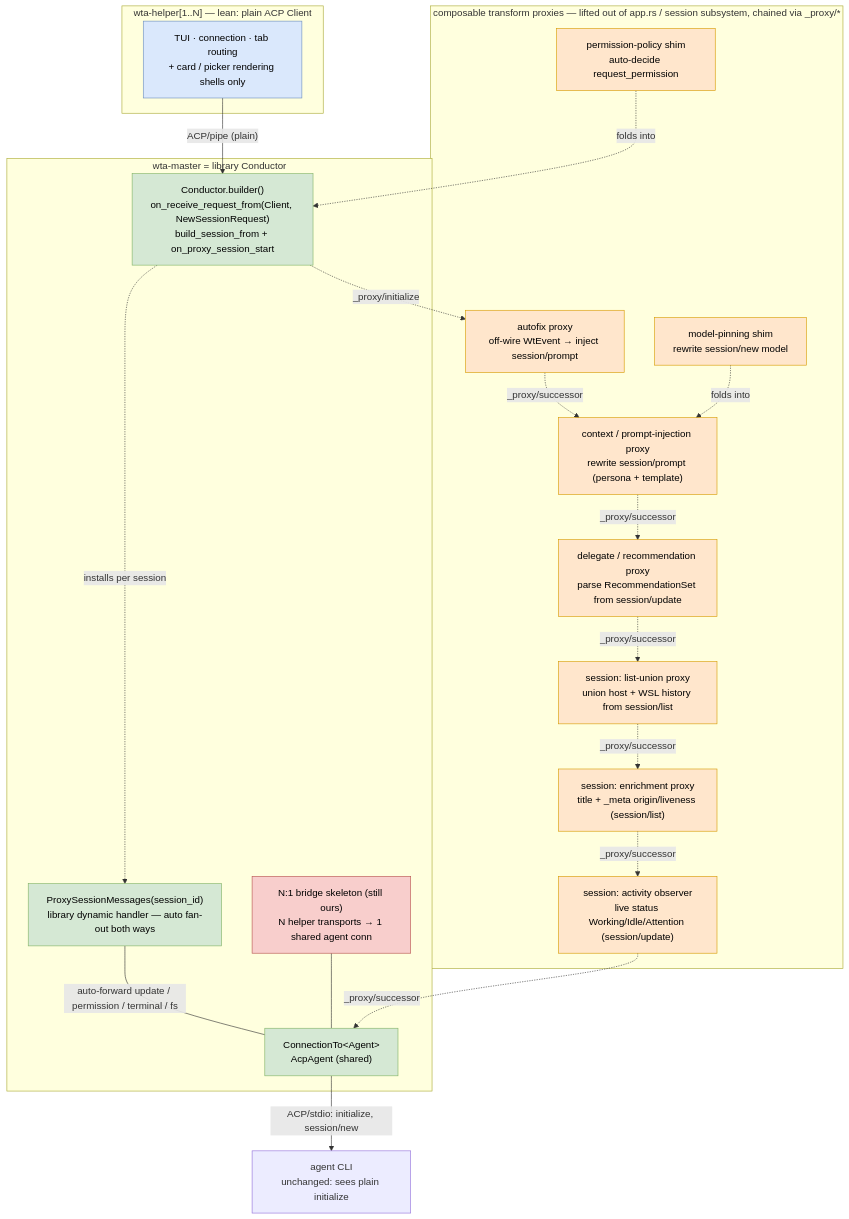
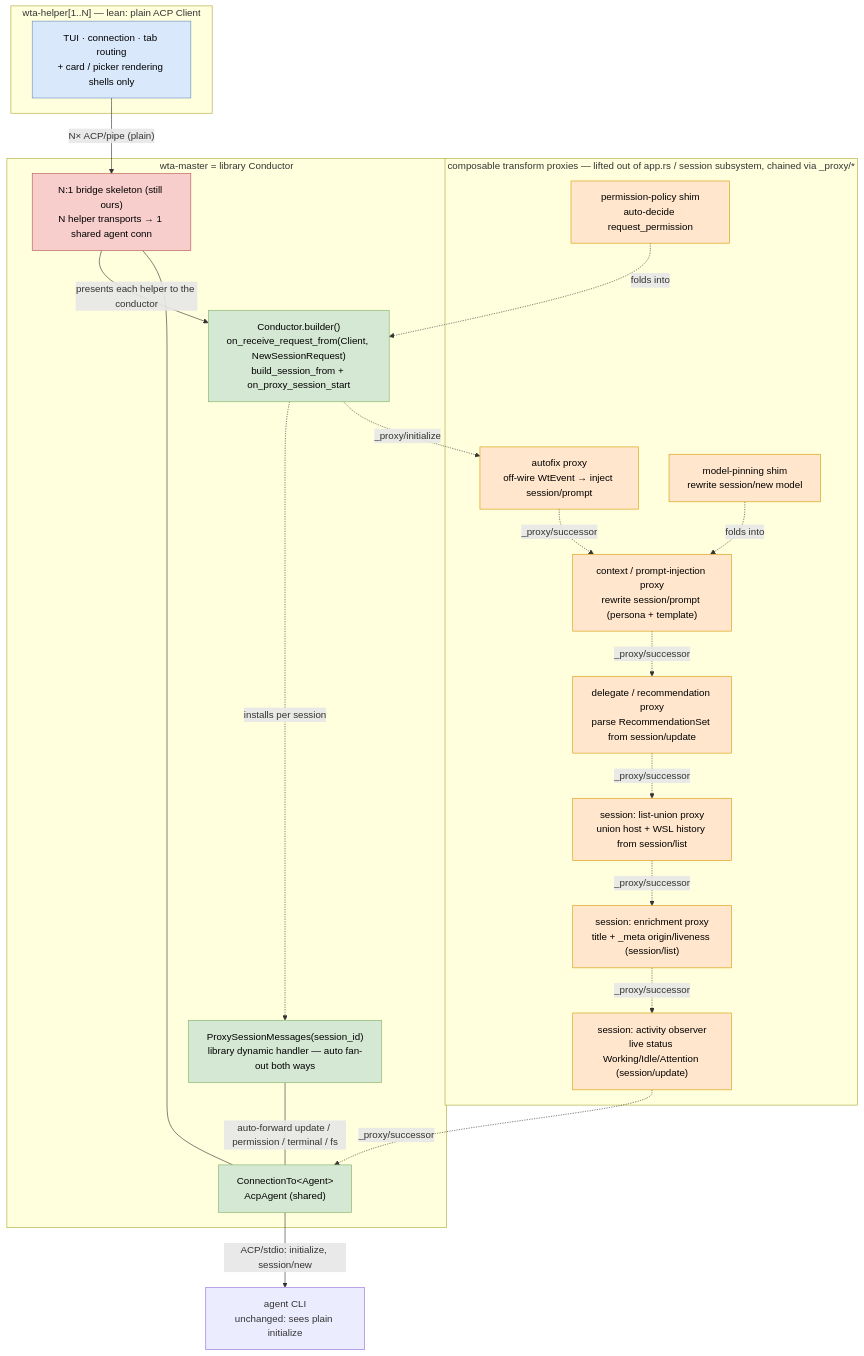
One commit to microsoft/intelligent-terminal changed the second of 5 diagrams in doc/specs/acp-1.0-conductor-migration.md. Above: the diagram before and after it, drawn with Mermaid. The commit also changed other lines of this file, not shown here.

First line of the commit message:
docs(spec): give the N:1 bridge an upstream and move Target proxies to the right

````diff
--- a/doc/specs/acp-1.0-conductor-migration.md
+++ b/doc/specs/acp-1.0-conductor-migration.md
@@ -188,50 +188,51 @@
 ```mermaid
 flowchart TB
     subgraph helper["wta-helper[1..N] — lean: plain ACP Client"]
         PLUMB["TUI · connection · tab routing<br/>+ card / picker rendering shells only"]
-    end
-
-    subgraph master["wta-master = library Conductor"]
-        CB["Conductor.builder()<br/>on_receive_request_from(Client, NewSessionRequest)<br/>build_session_from + on_proxy_session_start"]
-        PSM["ProxySessionMessages(session_id)<br/>library dynamic handler — auto fan-out both ways"]
-        BR["N:1 bridge skeleton (still ours)<br/>N helper transports → 1 shared agent conn"]
-        AC["ConnectionTo&lt;Agent&gt;<br/>AcpAgent (shared)"]
     end
 
     subgraph proxies["composable transform proxies — lifted out of app.rs / session subsystem, chained via _proxy/*"]
         AFX["autofix proxy<br/>off-wire WtEvent → inject session/prompt"]
         CTX["context / prompt-injection proxy<br/>rewrite session/prompt (persona + template)"]
         REC["delegate / recommendation proxy<br/>parse RecommendationSet from session/update"]
         SLU["session: list-union proxy<br/>union host + WSL history from session/list"]
         SLE["session: enrichment proxy<br/>title + _meta origin/liveness (session/list)"]
         SLA["session: activity observer<br/>live status Working/Idle/Attention (session/update)"]
         MOD["model-pinning shim<br/>rewrite session/new model"]
         PERM["permission-policy shim<br/>auto-decide request_permission"]
     end
 
+    subgraph master["wta-master = library Conductor"]
+        CB["Conductor.builder()<br/>on_receive_request_from(Client, NewSessionRequest)<br/>build_session_from + on_proxy_session_start"]
+        PSM["ProxySessionMessages(session_id)<br/>library dynamic handler — auto fan-out both ways"]
+        BR["N:1 bridge skeleton (still ours)<br/>N helper transports → 1 shared agent conn"]
+        AC["ConnectionTo&lt;Agent&gt;<br/>AcpAgent (shared)"]
+    end
+
     CLI["agent CLI<br/>unchanged: sees plain initialize"]
 
-    PLUMB -->|"ACP/pipe (plain)"| CB
+    PLUMB -->|"N× ACP/pipe (plain)"| BR
+    BR -->|"presents each helper to the conductor"| CB
     CB -.->|"installs per session"| PSM
     PSM ---|"auto-forward update / permission / terminal / fs"| AC
     BR --- AC
     CB -.->|"_proxy/initialize"| AFX
     AFX -.->|"_proxy/successor"| CTX
     CTX -.->|"_proxy/successor"| REC
     REC -.->|"_proxy/successor"| SLU
     SLU -.->|"_proxy/successor"| SLE
     SLE -.->|"_proxy/successor"| SLA
     SLA -.->|"_proxy/successor"| AC
     AC -->|"ACP/stdio: initialize, session/new"| CLI
     MOD -.->|"folds into"| CTX
     PERM -.->|"folds into"| CB
 
     classDef proxyable fill:#ffe6cc,stroke:#d79b00,color:#000;
     classDef plumbing fill:#dae8fc,stroke:#6c8ebf,color:#000;
     classDef library fill:#d5e8d4,stroke:#82b366,color:#000;
     classDef handrolled fill:#f8cecc,stroke:#b85450,color:#000;
     class AFX,CTX,REC,SLU,SLE,SLA,MOD,PERM proxyable;
     class PLUMB plumbing;
     class CB,PSM,AC library;
     class BR handrolled;
 ```
````
